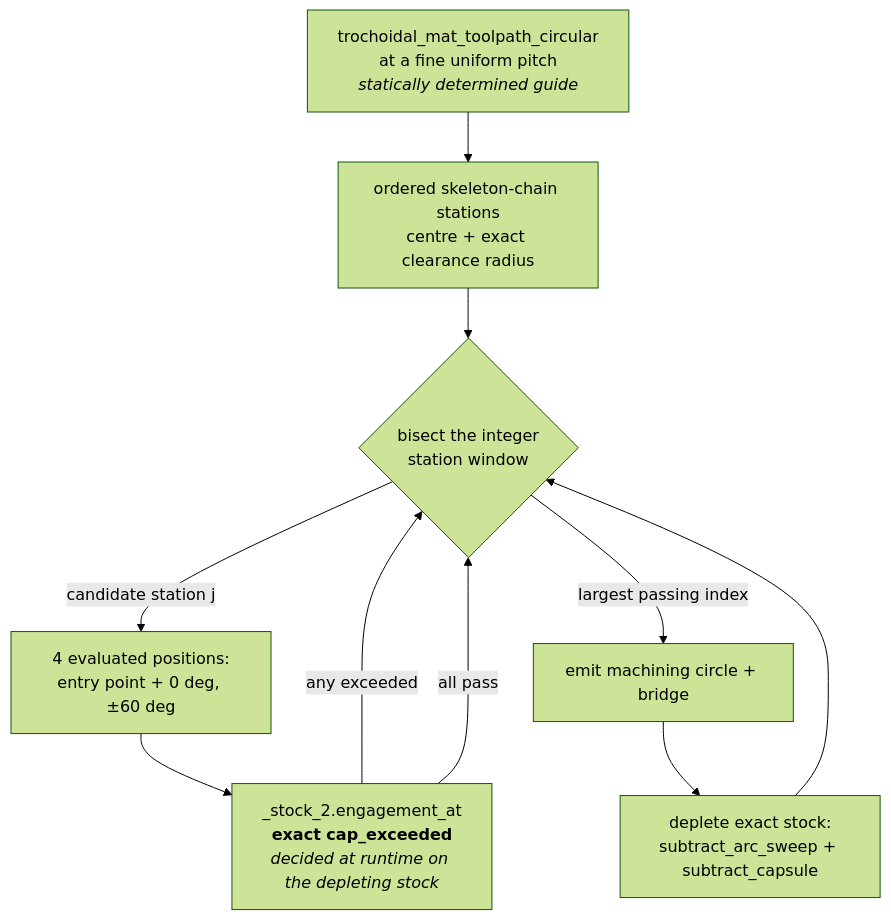
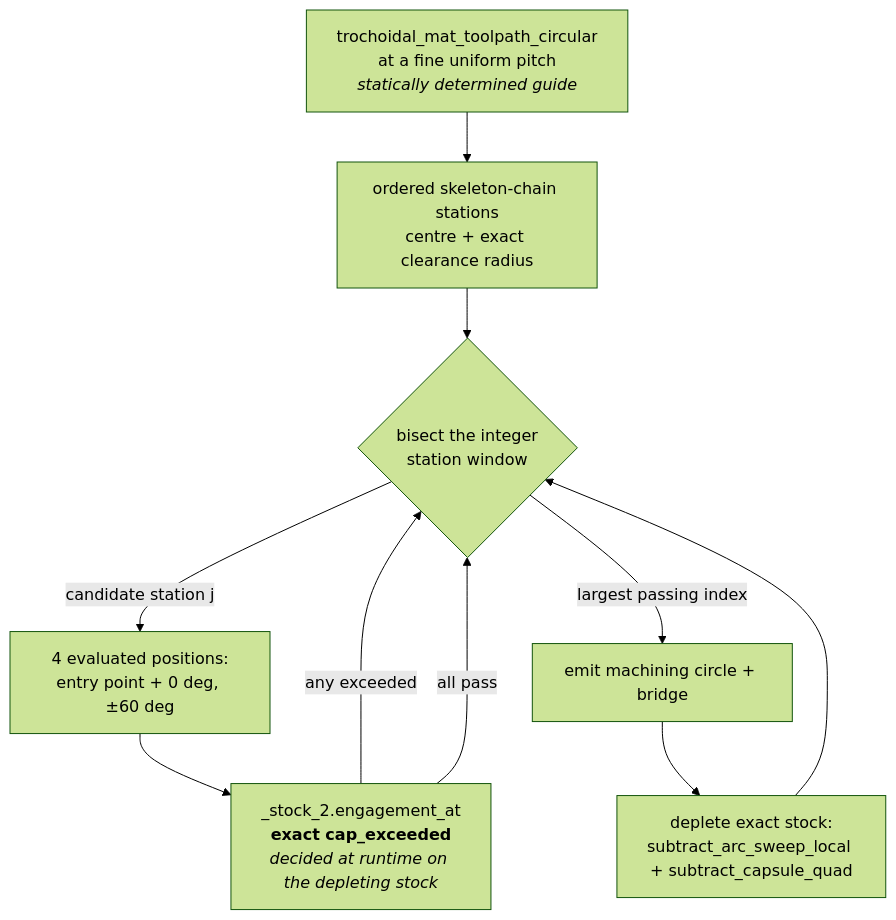
Before and after one commit to jf---/compas_cgal: the diagram in docs/engagement_controlled_toolpath.md, drawn with Mermaid (forest theme). The commit also changed other lines of this file and 7 other files, not shown here.

````diff
--- a/docs/engagement_controlled_toolpath.md
+++ b/docs/engagement_controlled_toolpath.md
@@ -34,12 +35,12 @@
 ```mermaid
 flowchart TD
     A["trochoidal_mat_toolpath_circular<br/>at a fine uniform pitch<br/><i>statically determined guide</i>"] --> B["ordered skeleton-chain stations<br/>centre + exact clearance radius"]
     B --> C{"bisect the integer<br/>station window"}
     C -->|"candidate station j"| D["4 evaluated positions:<br/>entry point + 0 deg, ±60 deg"]
     D --> E["_stock_2.engagement_at<br/><b>exact cap_exceeded</b><br/><i>decided at runtime on the depleting stock</i>"]
     E -->|"any exceeded"| C
     E -->|"all pass"| C
     C -->|"largest passing index"| F["emit machining circle + bridge"]
-    F --> G["deplete exact stock:<br/>subtract_arc_sweep + subtract_capsule"]
+    F --> G["deplete exact stock:<br/>subtract_arc_sweep_local + subtract_capsule_quad"]
     G --> C
 ```
````
